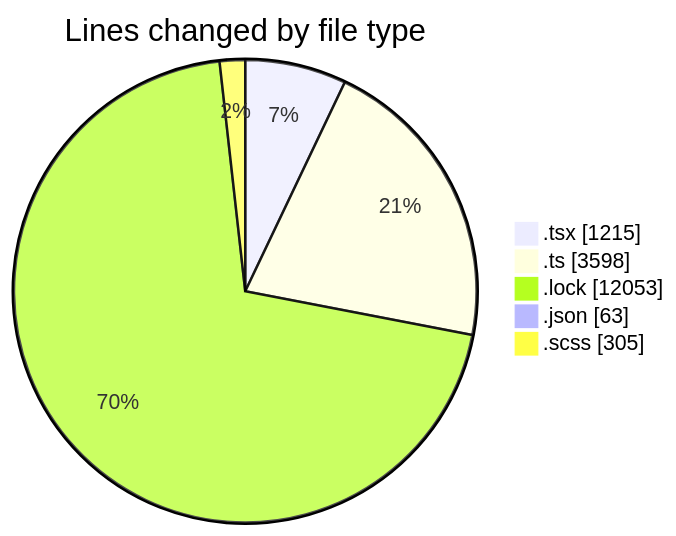
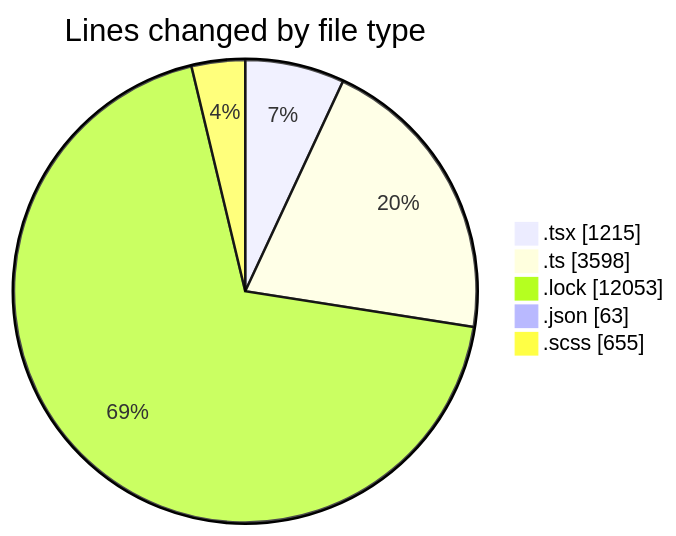
The first of 2 diagrams in 2025-12-03/cda/README.md (momahboobian/code-tracking), drawn with Mermaid before and after one commit. The commit also changed other lines of this file and 1 other file, not shown here.

````diff
--- a/2025-12-03/cda/README.md
+++ b/2025-12-03/cda/README.md
@@ -27,9 +27,9 @@
 ```mermaid
 pie showData
 title Lines changed by file type
 ".tsx" : 1215
 ".ts" : 3598
 ".lock" : 12053
 ".json" : 63
-".scss" : 305
+".scss" : 655
 ```
````
